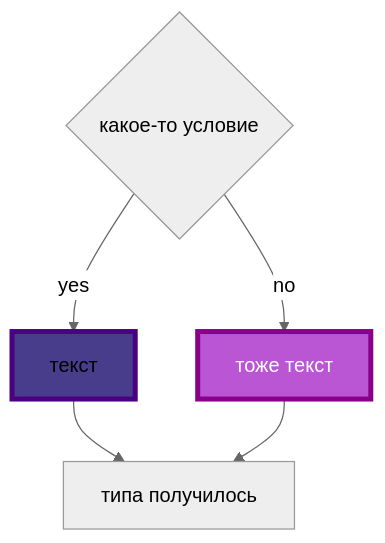
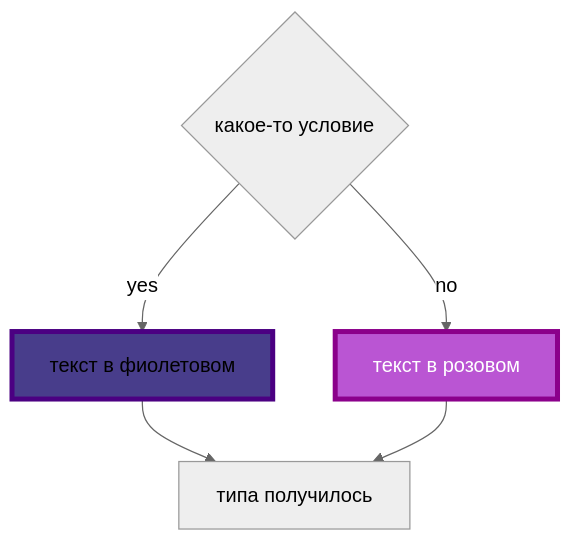
Before and after one commit to SofiiaBobr5565/Mermaid_syntax_hints_for_md: the sixth of 7 diagrams in README.md, drawn with Mermaid (neutral theme).

````diff
--- a/README.md
+++ b/README.md
@@ -63,8 +63,8 @@
 ```mermaid
 flowchart TB
 style i1 fill:#483D8B,stroke:#4B0082,stroke-width:4px
 style i2 fill:#BA55D3,stroke:DarkMagenta,stroke-width:4px,color:#FFFFFF
 b{какое-то условие}
-b--> |yes|i1["текст"]--> i3["типа получилось"]
-b--> |no|i2["тоже текст"]--> i3
+b--> |yes|i1["текст в фиолетовом"]--> i3["типа получилось"]
+b--> |no|i2["текст в розовом"]--> i3
 ```
````
